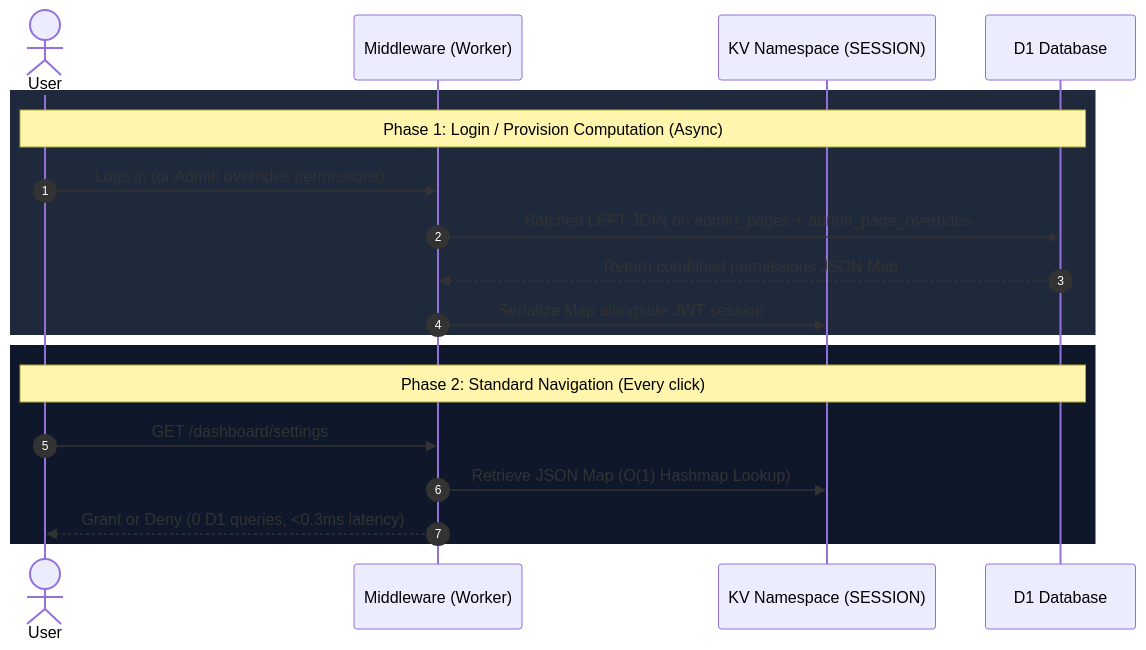
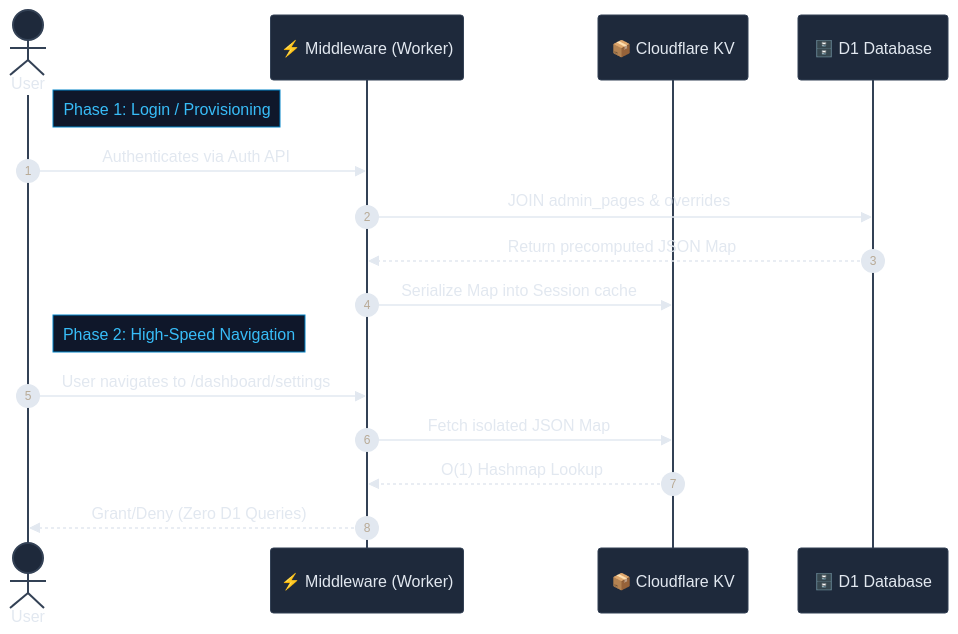
Before and after one commit to Harshil8136/chess-game: the first of 2 diagrams in lib/PLAC_AND_AUDIT.md, drawn with Mermaid. The commit also changed other lines of this file, not shown here.

````diff
--- a/lib/PLAC_AND_AUDIT.md
+++ b/lib/PLAC_AND_AUDIT.md
@@ -54,23 +54,21 @@
 ```mermaid
+%%{init: {'theme': 'base', 'themeVariables': { 'primaryColor': '#1e293b', 'primaryTextColor': '#e2e8f0', 'primaryBorderColor': '#334155', 'lineColor': '#475569', 'secondaryColor': '#0f172a', 'tertiaryColor': '#020617', 'noteBkgColor': '#0f172a', 'noteTextColor': '#38bdf8', 'noteBorderColor': '#0284c7'}}}%%
 sequenceDiagram
     autonumber
     actor User
-    participant Worker as Middleware (Worker)
-    participant KV as KV Namespace (SESSION)
-    participant D1 as D1 Database
+    participant Worker as ⚡ Middleware (Worker)
+    participant KV as 📦 Cloudflare KV
+    participant D1 as 🗄️ D1 Database
 
-    rect rgb(30, 41, 59)
-    Note over User,D1: Phase 1: Login / Provision Computation (Async)
-    User->>Worker: Logs in (or Admin overrides permissions)
-    Worker->>D1: Batched LEFT JOIN on admin_pages + admin_page_overrides
-    D1-->>Worker: Return combined permissions JSON Map
-    Worker->>KV: Serialize Map alongside JWT session
-    end
+    Note right of User: Phase 1: Login / Provisioning
+    User->>Worker: Authenticates via Auth API
+    Worker->>D1: JOIN admin_pages & overrides
+    D1-->>Worker: Return precomputed JSON Map
+    Worker->>KV: Serialize Map into Session cache
 
-    rect rgb(15, 23, 42)
-    Note over User,D1: Phase 2: Standard Navigation (Every click)
-    User->>Worker: GET /dashboard/settings
-    Worker->>KV: Retrieve JSON Map (O(1) Hashmap Lookup)
-    Worker-->>User: Grant or Deny (0 D1 queries, <0.3ms latency)
-    end
+    Note right of User: Phase 2: High-Speed Navigation
+    User->>Worker: User navigates to /dashboard/settings
+    Worker->>KV: Fetch isolated JSON Map
+    KV-->>Worker: O(1) Hashmap Lookup
+    Worker-->>User: Grant/Deny (Zero D1 Queries)
 ```
````
